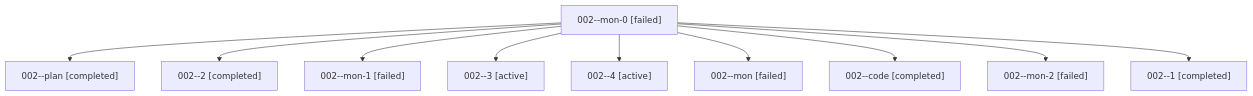
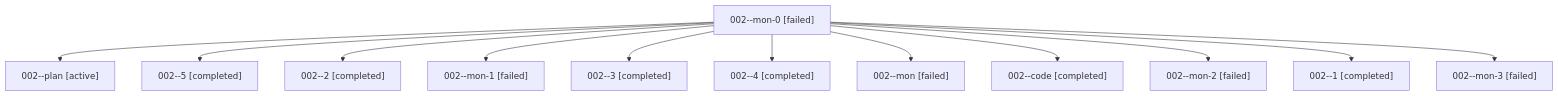
Before and after one commit to sase-org/sase--agents: the diagram in families/bbugyi200.athena.002.md, drawn with Mermaid. The commit also changed other lines of this file and 35830 other files, not shown here.

````diff
--- a/families/bbugyi200.athena.002.md
+++ b/families/bbugyi200.athena.002.md
@@ -9,22 +9,26 @@
 ```mermaid
 flowchart TD
   n0["002--mon-0 [failed]"]
-  n1["002--plan [completed]"]
+  n1["002--plan [active]"]
   n0 --> n1
-  n2["002--2 [completed]"]
+  n2["002--5 [completed]"]
   n0 --> n2
-  n3["002--mon-1 [failed]"]
+  n3["002--2 [completed]"]
   n0 --> n3
-  n4["002--3 [active]"]
+  n4["002--mon-1 [failed]"]
   n0 --> n4
-  n5["002--4 [active]"]
+  n5["002--3 [completed]"]
   n0 --> n5
-  n6["002--mon [failed]"]
+  n6["002--4 [completed]"]
   n0 --> n6
-  n7["002--code [completed]"]
+  n7["002--mon [failed]"]
   n0 --> n7
-  n8["002--mon-2 [failed]"]
+  n8["002--code [completed]"]
   n0 --> n8
-  n9["002--1 [completed]"]
+  n9["002--mon-2 [failed]"]
   n0 --> n9
+  n10["002--1 [completed]"]
+  n0 --> n10
+  n11["002--mon-3 [failed]"]
+  n0 --> n11
 ```
````
